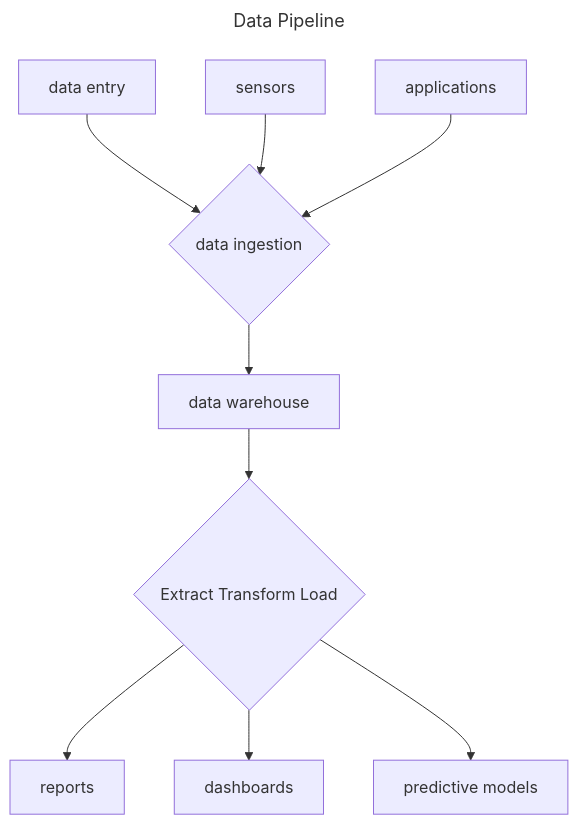
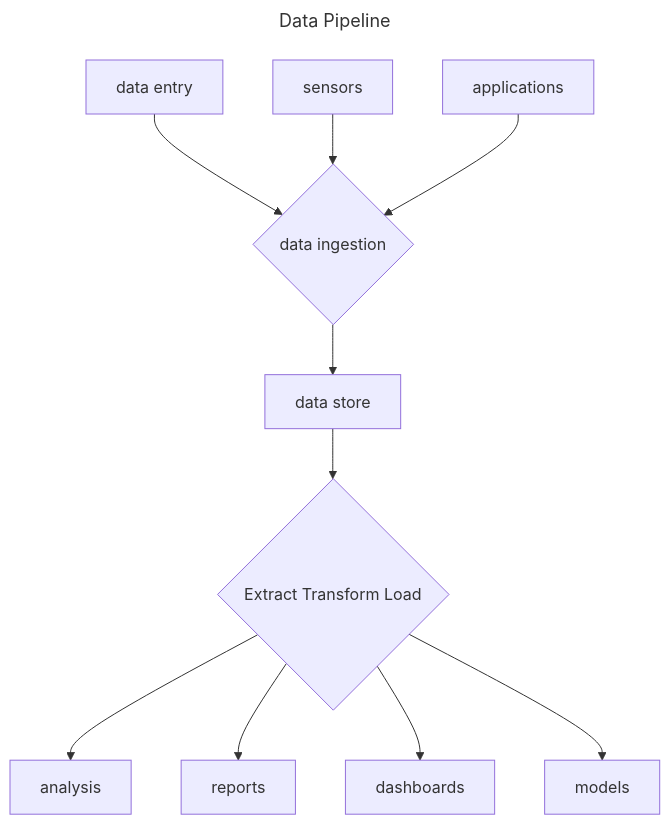
The first of 2 diagrams in excel_power_query/index.qmd (wwhuang80/excel_power_query_quick), drawn with Mermaid before and after one commit.

Commit message:
Minor change

````diff
--- a/excel_power_query/index.qmd
+++ b/excel_power_query/index.qmd
@@ -162,15 +162,16 @@
 ```{mermaid}
 ---
 title: Data Pipeline
 ---
 flowchart TB
     A[data entry] --> D{data ingestion}
     B[sensors] --> D
     C[applications] --> D
-    D --> E["data warehouse"]
+    D --> E["data store"]
     E --> F{Extract Transform Load}
-    F --> G[reports]
-    F --> H[dashboards]
-    F --> I[predictive models]
+    F --> G[analysis]
+    F --> H[reports]
+    F --> I[dashboards]
+    F --> J[models]
 
 ```
````
